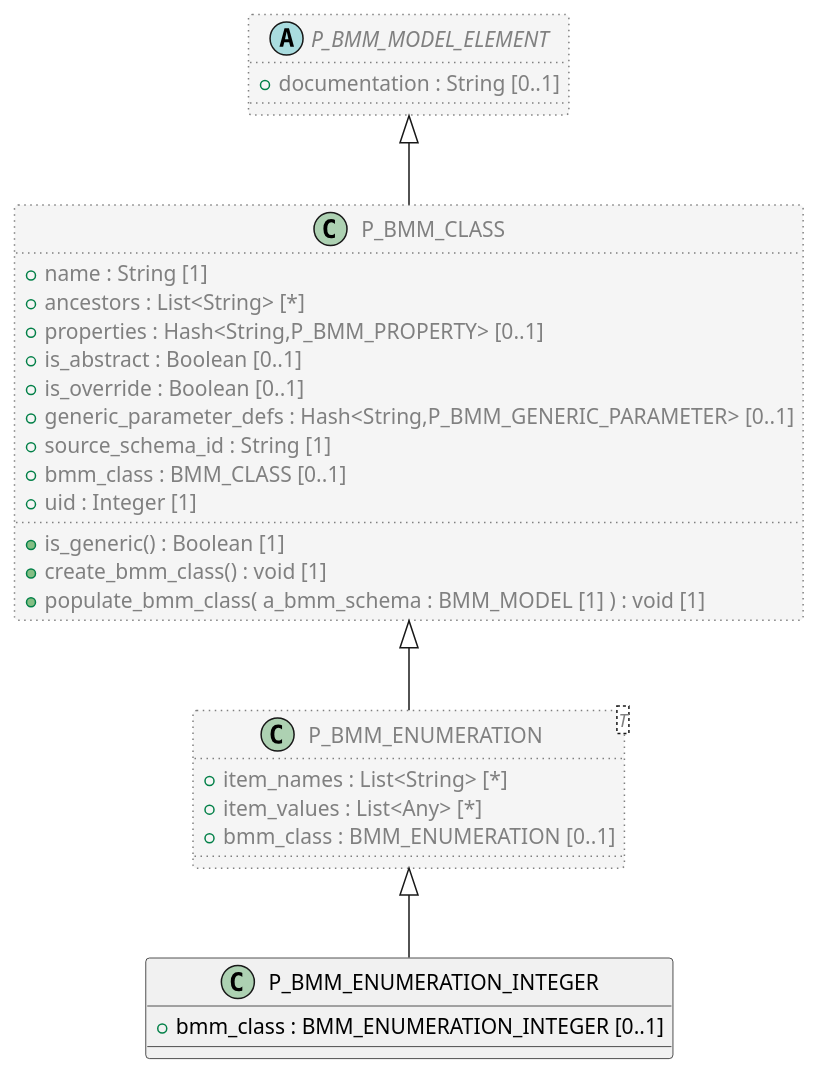
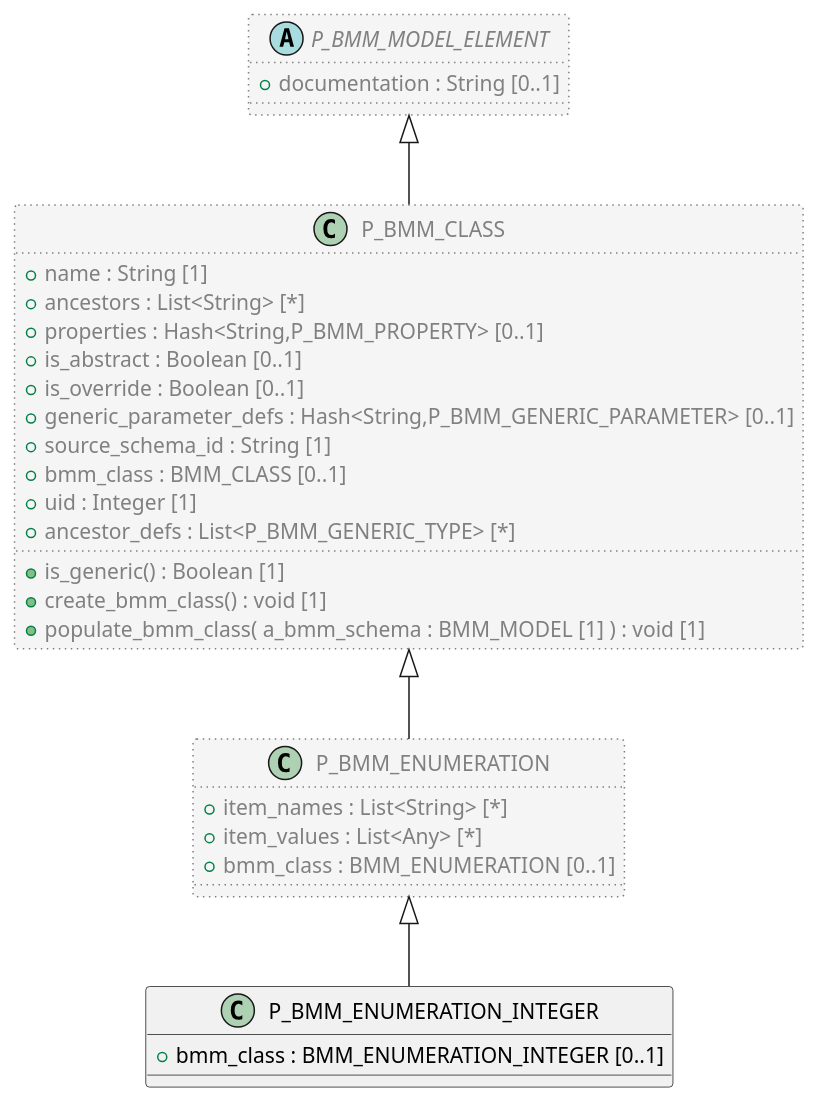
The diagram in code/Adoc/openehr_lang_1.1.0/plantUML/classes/org.openehr.lang.bmm_persistence.p_bmm_enumeration_integer.adoc (sebastian-iancu/code-generator), drawn with PlantUML before and after one commit. The commit also changed 719 other files, not shown here.

```diff
--- a/code/Adoc/openehr_lang_1.1.0/plantUML/classes/org.openehr.lang.bmm_persistence.p_bmm_enumeration_integer.adoc
+++ b/code/Adoc/openehr_lang_1.1.0/plantUML/classes/org.openehr.lang.bmm_persistence.p_bmm_enumeration_integer.adoc
@@ -1,42 +1,43 @@
 [plantuml,P_BMM_ENUMERATION_INTEGER,format=svg,svg-type="inline"]
 -----
 @startuml
 
 class P_BMM_ENUMERATION_INTEGER {
   + bmm_class : BMM_ENUMERATION_INTEGER [0..1]
 }
 
-class P_BMM_ENUMERATION <T>  #whitesmoke;line:gray;line.dotted;text:gray {
+class P_BMM_ENUMERATION  #whitesmoke;line:gray;line.dotted;text:gray {
   + item_names : List<String> [*]
   + item_values : List<Any> [*]
   + bmm_class : BMM_ENUMERATION [0..1]
 }
 
 class P_BMM_CLASS  #whitesmoke;line:gray;line.dotted;text:gray {
   + name : String [1]
   + ancestors : List<String> [*]
   + properties : Hash<String,P_BMM_PROPERTY> [0..1]
   + is_abstract : Boolean [0..1]
   + is_override : Boolean [0..1]
   + generic_parameter_defs : Hash<String,P_BMM_GENERIC_PARAMETER> [0..1]
   + source_schema_id : String [1]
   + bmm_class : BMM_CLASS [0..1]
   + uid : Integer [1]
+  + ancestor_defs : List<P_BMM_GENERIC_TYPE> [*]
   + is_generic() : Boolean [1]
   + create_bmm_class() : void [1]
   + populate_bmm_class( a_bmm_schema : BMM_MODEL [1] ) : void [1]
 }
 
 abstract class P_BMM_MODEL_ELEMENT  #whitesmoke;line:gray;line.dotted;text:gray {
   + documentation : String [0..1]
 }
 
 P_BMM_MODEL_ELEMENT <|-- P_BMM_CLASS
 
 P_BMM_CLASS <|-- P_BMM_ENUMERATION
 
 P_BMM_ENUMERATION <|-- P_BMM_ENUMERATION_INTEGER
 
 
 @enduml
 -----
```
